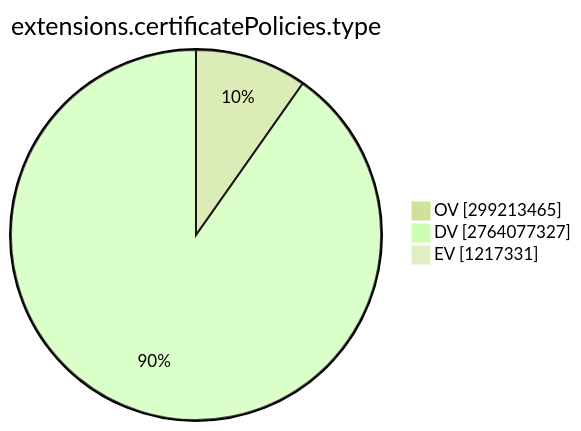
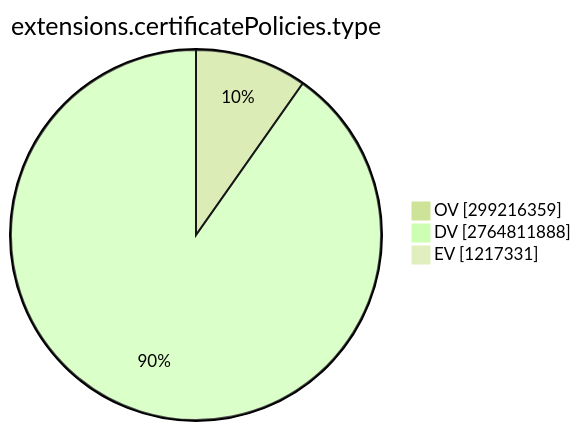
One commit to christiankrug/ctmonitor_visualization changed the ninth of 15 diagrams in TOTAL/README.md. Above: the diagram before and after it, drawn with Mermaid (forest theme). The commit also changed other lines of this file, not shown here.

````diff
--- a/TOTAL/README.md
+++ b/TOTAL/README.md
@@ -3101,7 +3101,7 @@
 ```mermaid
 pie showData
 title extensions.certificatePolicies.type
-"OV" :299213465
-"DV" :2764077327
+"OV" :299216359
+"DV" :2764811888
 "EV" :1217331
 ```
````
